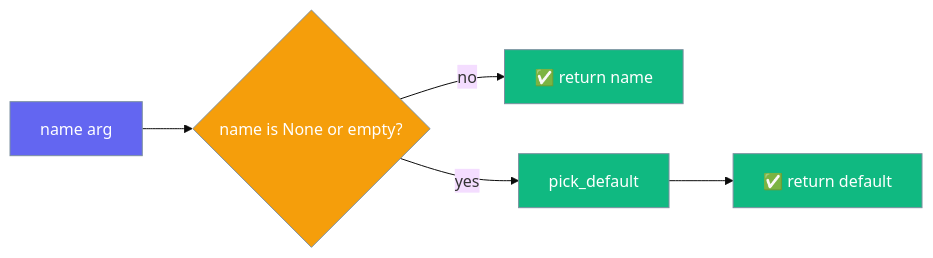
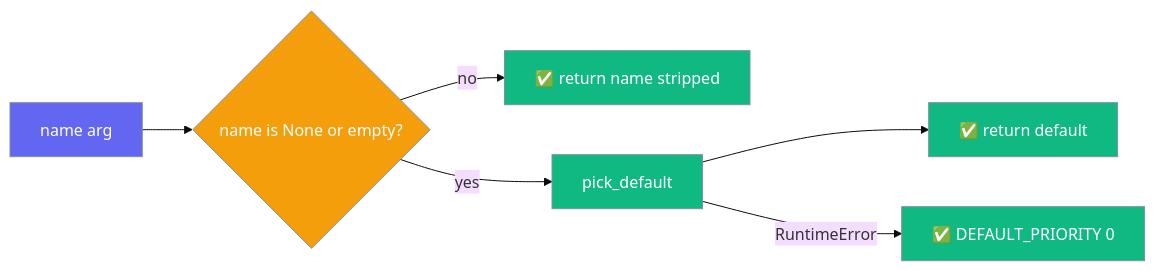
Before and after one commit to MervinPraison/PraisonAIDocs: the seventh of 7 diagrams in docs/features/framework-adapter-plugins.mdx, drawn with Mermaid (base theme). The commit also changed other lines of this file and 6 other files, not shown here.

````diff
--- a/docs/features/framework-adapter-plugins.mdx
+++ b/docs/features/framework-adapter-plugins.mdx
@@ -1194,13 +1200,14 @@
 ```mermaid
 graph LR
     In[name arg] --> Q{name is None or empty?}
-    Q -->|no| Explicit[✅ return name]
+    Q -->|no| Explicit[✅ return name stripped]
     Q -->|yes| PD[pick_default]
     PD --> Ret[✅ return default]
+    PD -->|RuntimeError| Fallback[✅ DEFAULT_PRIORITY 0]
     classDef q fill:#F59E0B,stroke:#7C90A0,color:#fff
     classDef ok fill:#10B981,stroke:#7C90A0,color:#fff
     classDef in fill:#6366F1,stroke:#7C90A0,color:#fff
     class In in
     class Q q
-    class Explicit,Ret,PD ok
+    class Explicit,Ret,PD,Fallback ok
 ```
````
